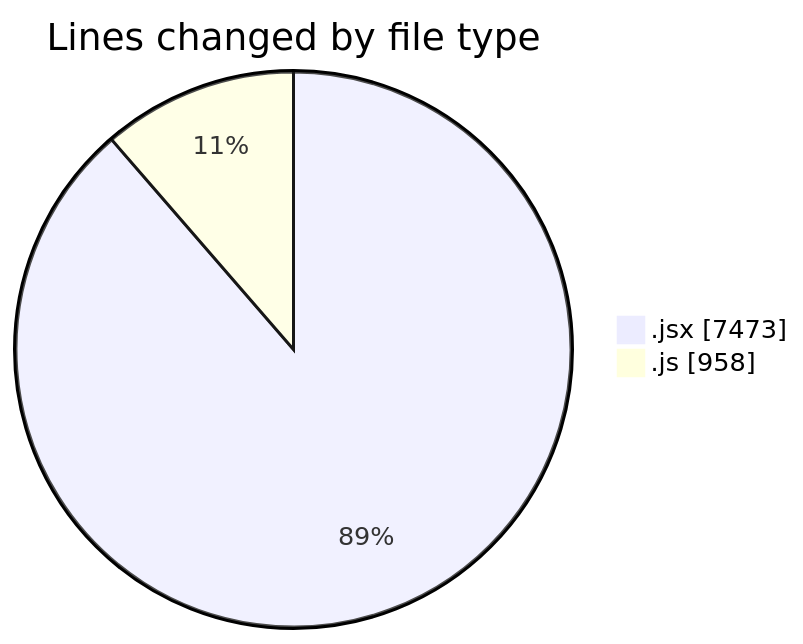
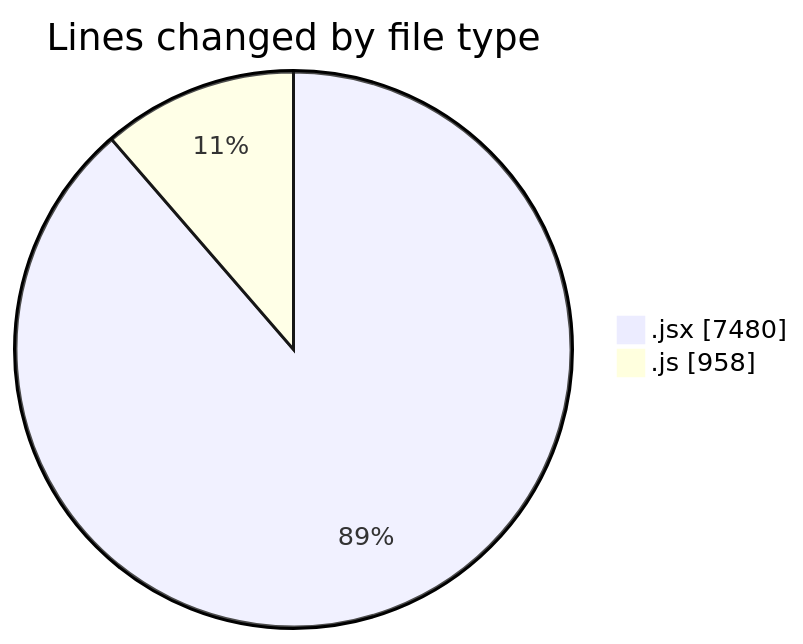
The first of 2 diagrams in 2026-01-20/nxtqube_webapp/README.md (nxtqubesakshisongat/code-tracking), drawn with Mermaid before and after one commit. The commit also changed other lines of this file and 1 other file, not shown here.

````diff
--- a/2026-01-20/nxtqube_webapp/README.md
+++ b/2026-01-20/nxtqube_webapp/README.md
@@ -25,6 +25,6 @@
 ```mermaid
 pie showData
 title Lines changed by file type
-".jsx" : 7473
+".jsx" : 7480
 ".js" : 958
 ```
````
